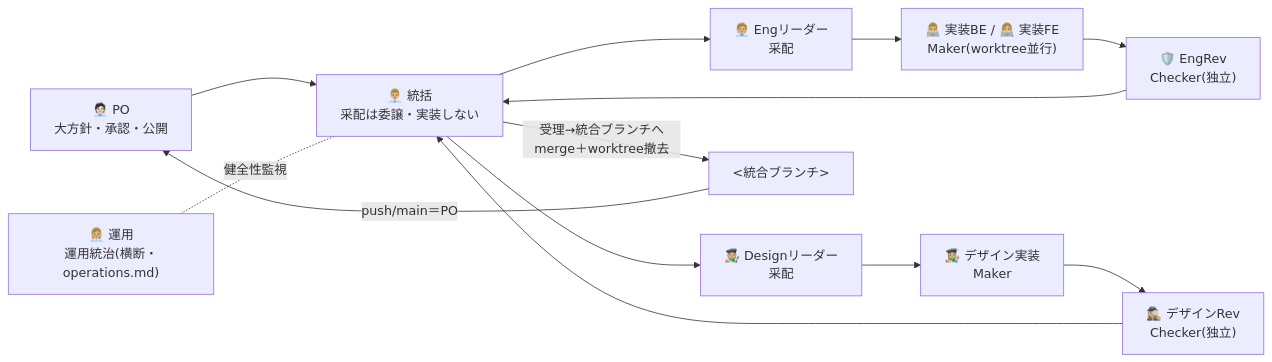
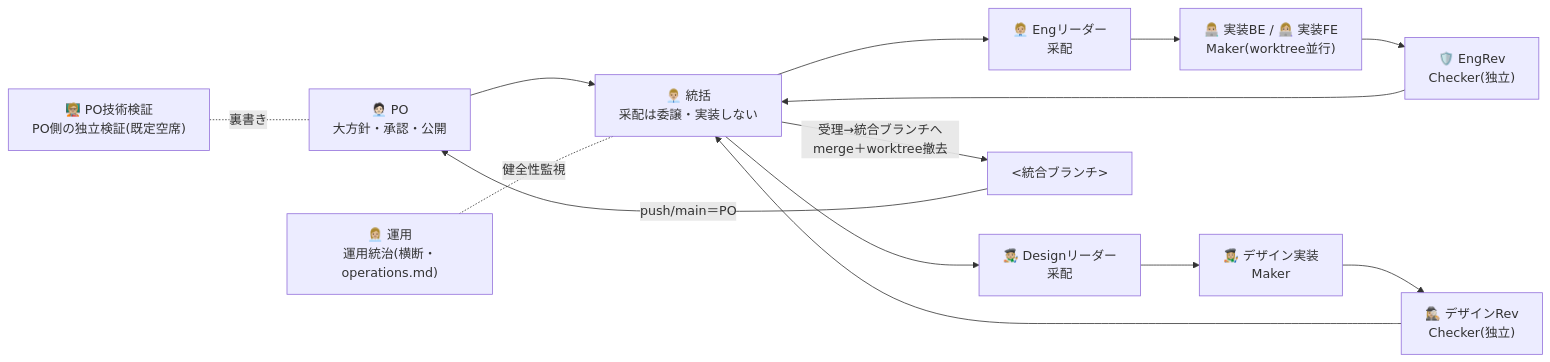
Before and after one commit to kumamoto-kouki/conductor-sdlc-template: the diagram in .kiro/steering/orchestration.md, drawn with Mermaid. The commit also changed other lines of this file and 9 other files, not shown here.

First line of the commit message:
feat+docs: 止まる機構の見取り図を新設し、PO 側の技術検証の席を配役表へ追加

````diff
--- a/.kiro/steering/orchestration.md
+++ b/.kiro/steering/orchestration.md
@@ -22,15 +23,16 @@
 ```mermaid
 flowchart LR
   PO["🧑🏻‍💼 PO<br/>大方針・承認・公開"] --> K["👨🏼‍💼 統括<br/>采配は委譲・実装しない"]
   K --> L1["🧑🏼‍💼 Engリーダー<br/>采配"]
   K --> L2["🧑🏼‍🎨 Designリーダー<br/>采配"]
   L1 --> M1["👨🏼‍💻 実装BE / 👩🏼‍💻 実装FE<br/>Maker(worktree並行)"]
   L2 --> M2["👩🏼‍🎨 デザイン実装<br/>Maker"]
   M1 --> R1["🛡️ EngRev<br/>Checker(独立)"]
   M2 --> R2["🕵🏼‍♀️ デザインRev<br/>Checker(独立)"]
   R1 --> K
   R2 --> K
   K -->|受理→統合ブランチへmerge＋worktree撤去| REL["<統合ブランチ>"]
   REL -->|push/main＝PO| PO
   B["👩🏼‍💼 運用<br/>運用統治(横断・operations.md)"] -. 健全性監視 .- K
+  T["🧑🏼‍🏫 PO技術検証<br/>PO側の独立検証(既定空席)"] -. 裏書き .- PO
 ```
````
